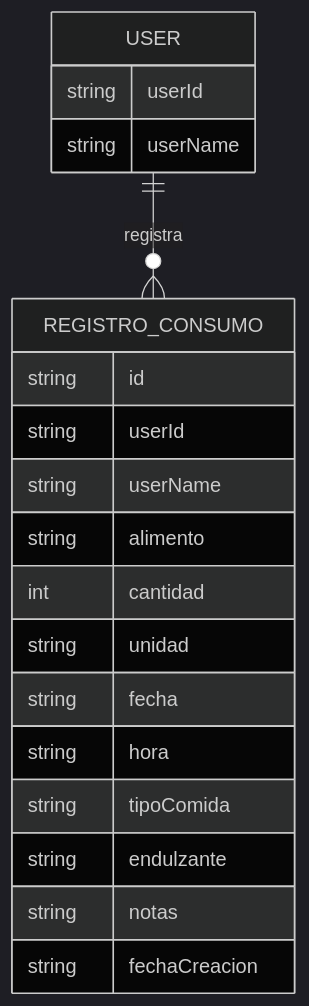
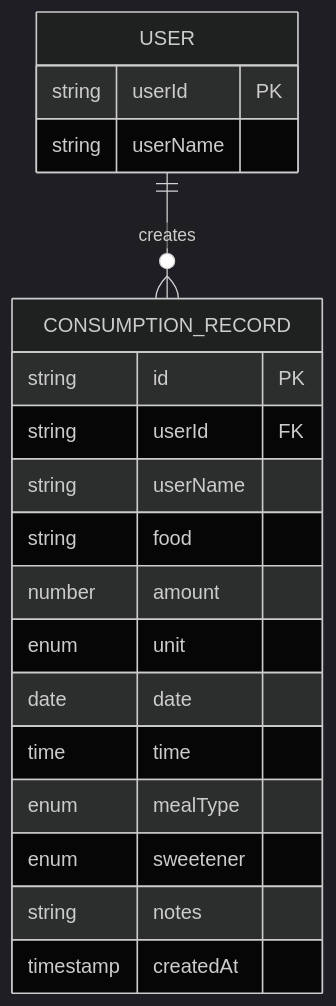
One commit to RadikeCosa/blog-astro changed the first of 2 diagrams in src/content/posts/side-project nutritional tracker.en.md. Above: the diagram before and after it, drawn with Mermaid (dark theme). The commit also changed other lines of this file and 3 other files, not shown here.

````diff
--- a/src/content/posts/side-project nutritional tracker.en.md
+++ b/src/content/posts/side-project nutritional tracker.en.md
@@ -68,24 +157,24 @@
 ```mermaid
 erDiagram
-    REGISTRO_CONSUMO {
-        string id
-        string userId
-        string userName
-        string alimento
-        int cantidad
-        string unidad
-        string fecha
-        string hora
-        string tipoComida
-        string endulzante
-        string notas
-        string fechaCreacion
-    }
+    USER ||--o{ CONSUMPTION_RECORD : creates
 
     USER {
-        string userId
+        string userId PK
         string userName
     }
 
-    USER ||--o{ REGISTRO_CONSUMO : "registra"
+    CONSUMPTION_RECORD {
+        string id PK
+        string userId FK
+        string userName
+        string food
+        number amount
+        enum unit
+        date date
+        time time
+        enum mealType
+        enum sweetener
+        string notes
+        timestamp createdAt
+    }
 ```
````
